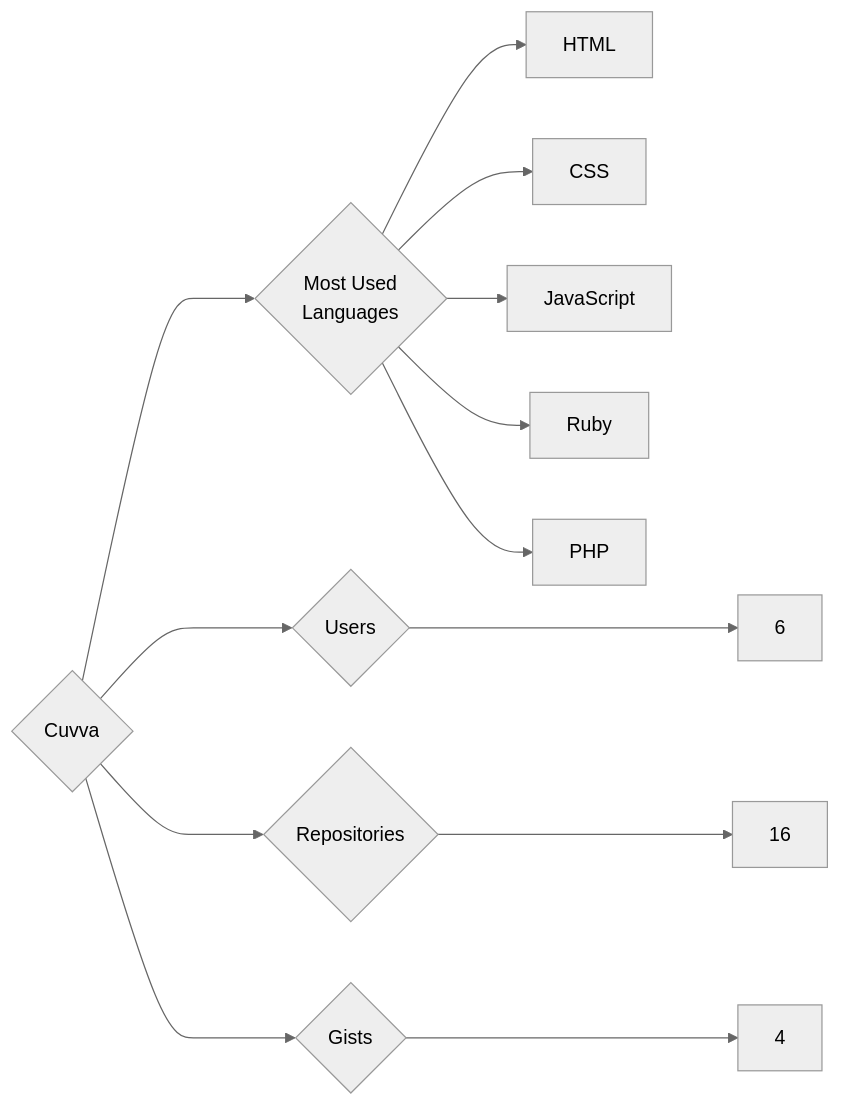
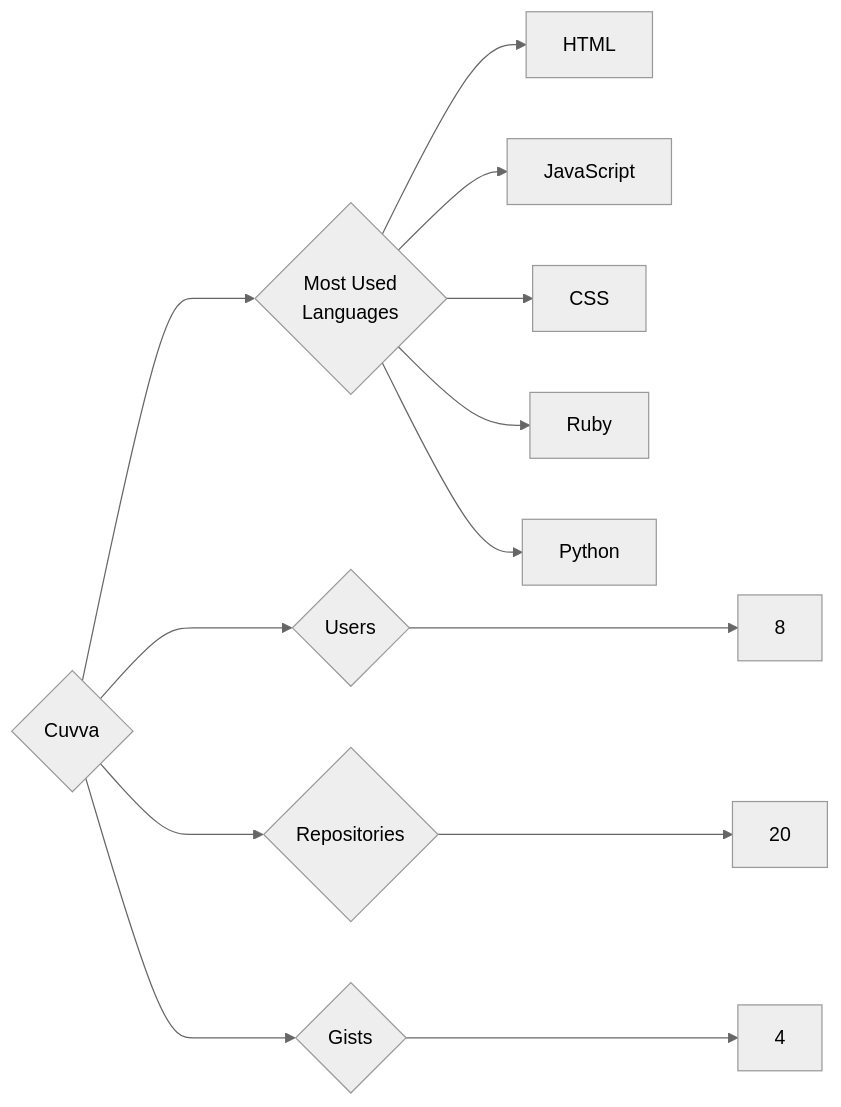
The diagram in targets/Cuvva/README.md (trickest/insiders), drawn with Mermaid (neutral theme) before and after one commit. The commit also changed 1170 other files, not shown here.

````diff
--- a/targets/Cuvva/README.md
+++ b/targets/Cuvva/README.md
@@ -3,13 +3,13 @@
 ```mermaid
 graph LR
 COMPANY_NAME{Cuvva}
-COMPANY_NAME ---> U{Users} ---> UN[6]
-COMPANY_NAME ---> R{Repositories} ---> RN[16]
+COMPANY_NAME ---> U{Users} ---> UN[8]
+COMPANY_NAME ---> R{Repositories} ---> RN[20]
 COMPANY_NAME ---> G{Gists} ---> GN[4]
 COMPANY_NAME ---> ML{Most Used<br>Languages}
 ML --> HTML[HTML]
+ML --> JavaScript[JavaScript]
 ML --> CSS[CSS]
-ML --> JavaScript[JavaScript]
 ML --> Ruby[Ruby]
-ML --> PHP[PHP]
+ML --> Python[Python]
 ```
````
